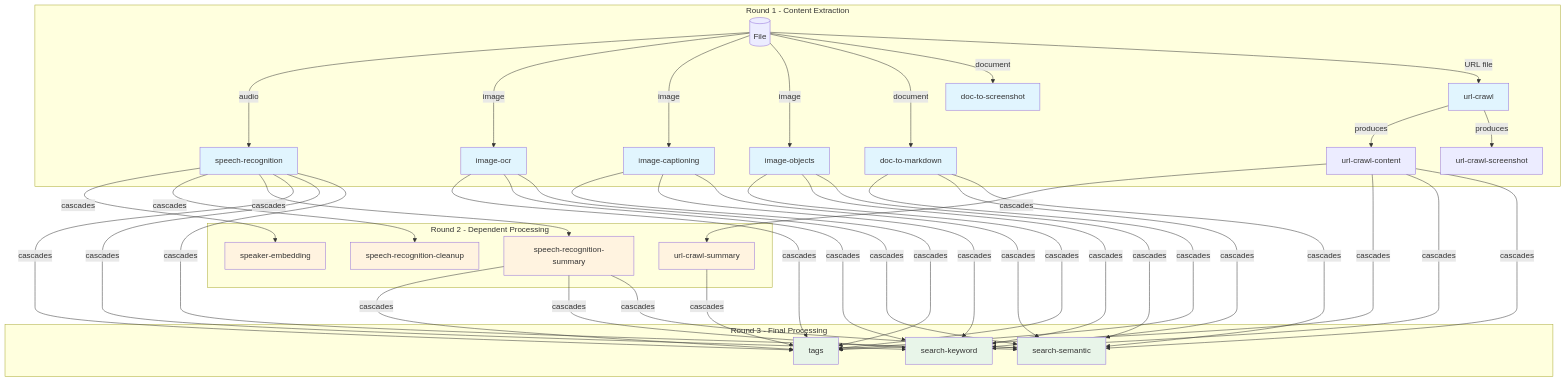
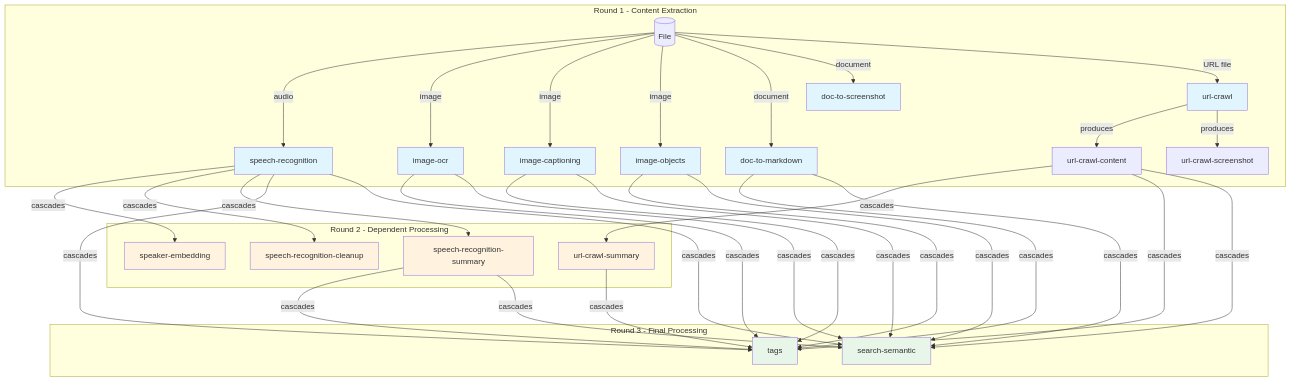
Before and after one commit to xiaoyuanzhu-com/my-life-db-docs: the second of 2 diagrams in src/content/docs/internal/features/digest-system.md, drawn with Mermaid. The commit also changed other lines of this file and 17 other files, not shown here.

````diff
--- a/src/content/docs/internal/features/digest-system.md
+++ b/src/content/docs/internal/features/digest-system.md
@@ -431,68 +429,59 @@
 ```mermaid
 flowchart TD
     subgraph "Round 1 - Content Extraction"
         FILE[("File")]
 
         FILE --> |"audio"| SR["speech-recognition"]
         FILE --> |"image"| IO["image-ocr"]
         FILE --> |"image"| IC["image-captioning"]
         FILE --> |"image"| IOBJ["image-objects"]
         FILE --> |"document"| DTM["doc-to-markdown"]
         FILE --> |"document"| DTS["doc-to-screenshot"]
         FILE --> |"URL file"| UC["url-crawl"]
 
         UC --> |"produces"| UCC["url-crawl-content"]
         UC --> |"produces"| UCSS["url-crawl-screenshot"]
     end
 
     subgraph "Round 2 - Dependent Processing"
         SR --> |"cascades"| SE["speaker-embedding"]
         SR --> |"cascades"| TC["speech-recognition-cleanup"]
         SR --> |"cascades"| SRSUM["speech-recognition-summary"]
         UCC --> |"cascades"| UCSUM["url-crawl-summary"]
     end
 
     subgraph "Round 3 - Final Processing"
         SR --> |"cascades"| TAGS["tags"]
         IO --> |"cascades"| TAGS
         IC --> |"cascades"| TAGS
         IOBJ --> |"cascades"| TAGS
         DTM --> |"cascades"| TAGS
         UCC --> |"cascades"| TAGS
         UCSUM --> |"cascades"| TAGS
         SRSUM --> |"cascades"| TAGS
 
-        SR --> |"cascades"| SK["search-keyword"]
-        IO --> |"cascades"| SK
-        IC --> |"cascades"| SK
-        IOBJ --> |"cascades"| SK
-        DTM --> |"cascades"| SK
-        UCC --> |"cascades"| SK
-        SRSUM --> |"cascades"| SK
-
         SR --> |"cascades"| SS["search-semantic"]
         IO --> |"cascades"| SS
         IC --> |"cascades"| SS
         IOBJ --> |"cascades"| SS
         DTM --> |"cascades"| SS
         UCC --> |"cascades"| SS
         SRSUM --> |"cascades"| SS
     end
 
     style SR fill:#e1f5fe
     style IO fill:#e1f5fe
     style IC fill:#e1f5fe
     style IOBJ fill:#e1f5fe
     style DTM fill:#e1f5fe
     style DTS fill:#e1f5fe
     style UC fill:#e1f5fe
 
     style SE fill:#fff3e0
     style TC fill:#fff3e0
     style SRSUM fill:#fff3e0
     style UCSUM fill:#fff3e0
 
     style TAGS fill:#e8f5e9
-    style SK fill:#e8f5e9
     style SS fill:#e8f5e9
 ```
````
